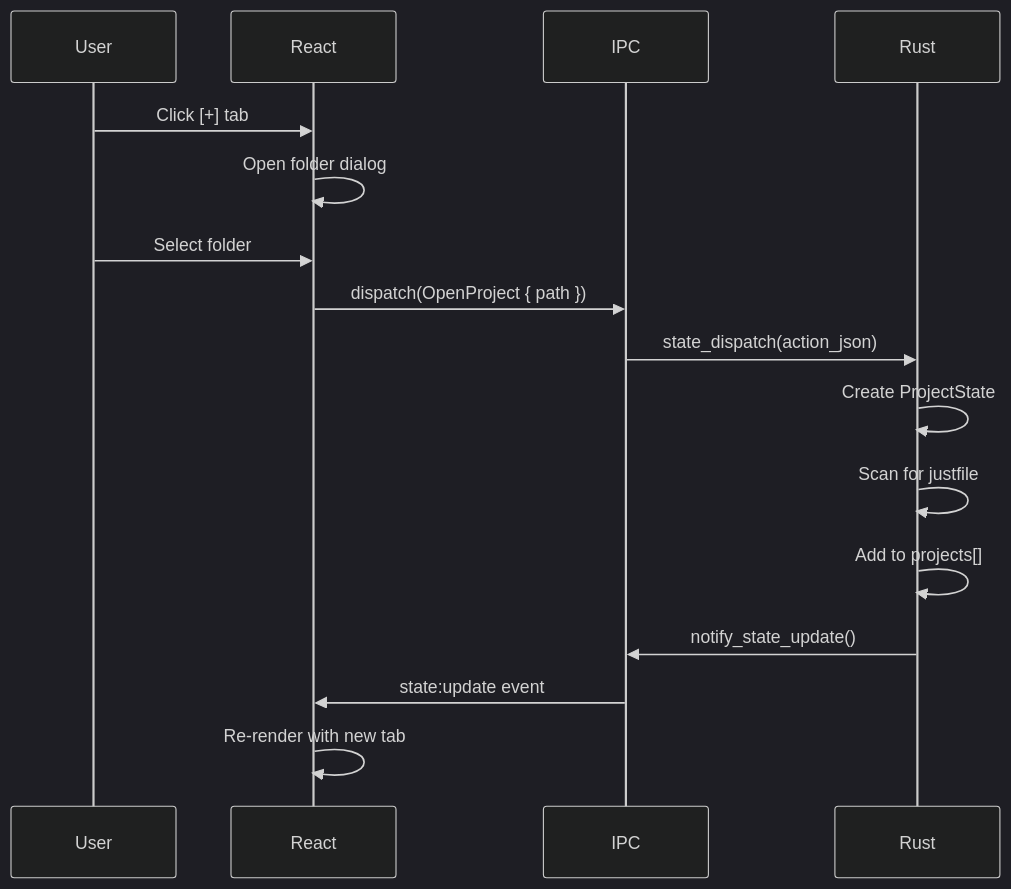
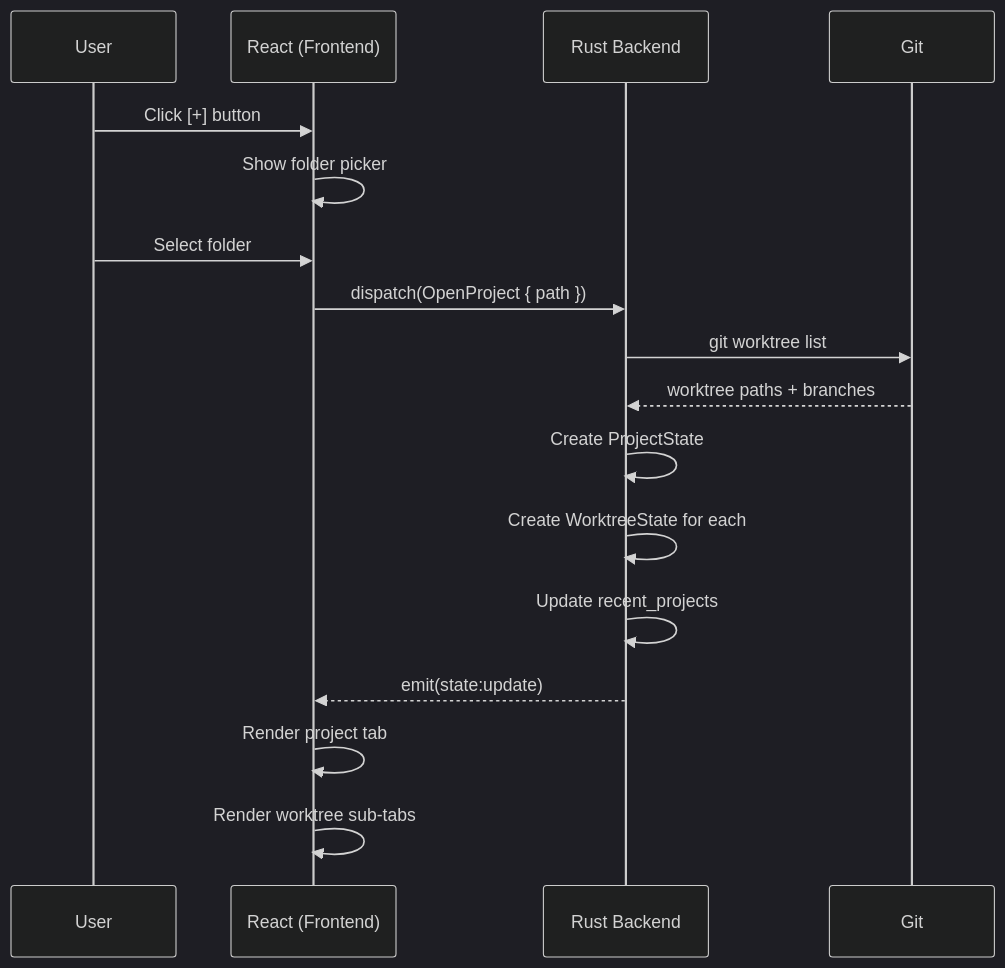
One commit to chrischeng-c4/rustation changed the third of 4 diagrams in kb/architecture/04-multi-project-architecture.md. Above: the diagram before and after it, drawn with Mermaid (dark theme). The commit also changed other lines of this file and 9 other files, not shown here.

First line of the commit message:
docs(kb): add FSM and flow diagrams to all workflow documentation

````diff
--- a/kb/architecture/04-multi-project-architecture.md
+++ b/kb/architecture/04-multi-project-architecture.md
@@ -165,19 +192,23 @@
 ```mermaid
 sequenceDiagram
     participant User
-    participant React
-    participant IPC
-    participant Rust
+    participant React as React (Frontend)
+    participant Rust as Rust Backend
+    participant Git
 
-    User->>React: Click [+] tab
-    React->>React: Open folder dialog
+    User->>React: Click [+] button
+    React->>React: Show folder picker
     User->>React: Select folder
-    React->>IPC: dispatch(OpenProject { path })
-    IPC->>Rust: state_dispatch(action_json)
+    React->>Rust: dispatch(OpenProject { path })
+
+    Rust->>Git: git worktree list
+    Git-->>Rust: worktree paths + branches
+
     Rust->>Rust: Create ProjectState
-    Rust->>Rust: Scan for justfile
-    Rust->>Rust: Add to projects[]
-    Rust->>IPC: notify_state_update()
-    IPC->>React: state:update event
-    React->>React: Re-render with new tab
+    Rust->>Rust: Create WorktreeState for each
+    Rust->>Rust: Update recent_projects
+    Rust-->>React: emit(state:update)
+
+    React->>React: Render project tab
+    React->>React: Render worktree sub-tabs
 ```
````
